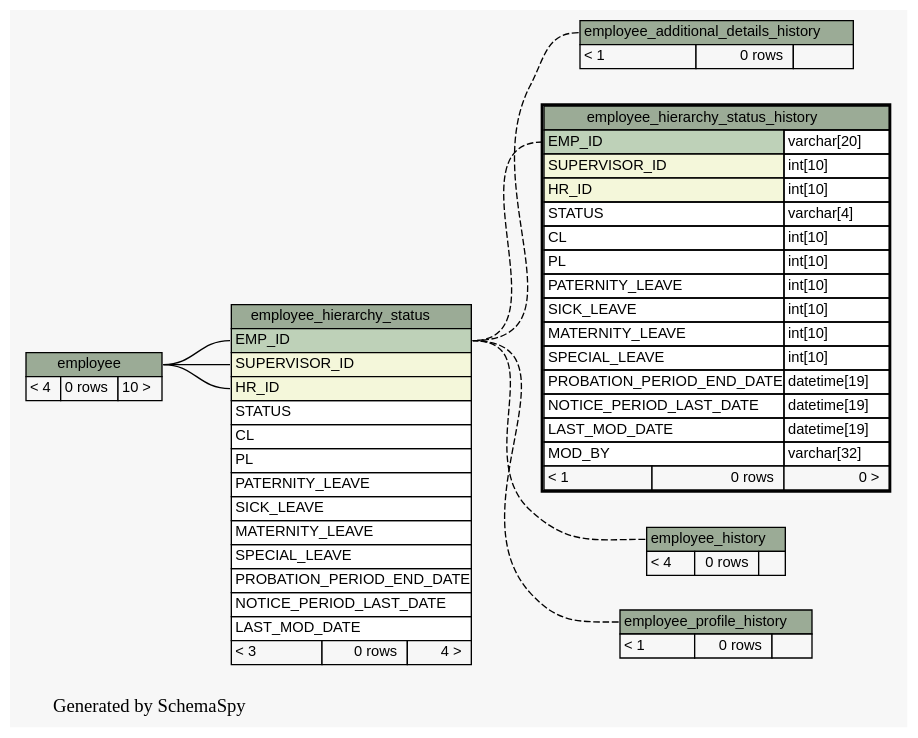
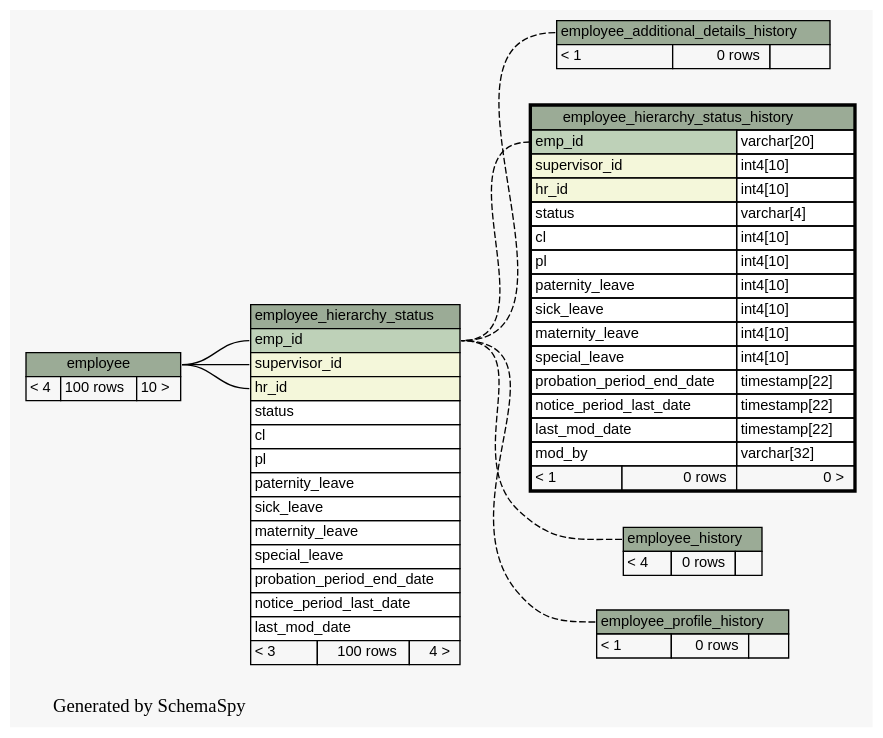
Before and after one commit to engineerscraft/hrms: the diagram in docs/database/schemaspy/graphs/employee_hierarchy_status_history.implied2degrees.dot, drawn with Graphviz. The commit also changed 214 other files, not shown here.

```diff
--- a/docs/database/schemaspy/graphs/employee_hierarchy_status_history.implied2degrees.dot
+++ b/docs/database/schemaspy/graphs/employee_hierarchy_status_history.implied2degrees.dot
@@ -1,105 +1,105 @@
 // dot 2.38.0 on Windows 7 6.1
 digraph "impliedTwoDegreesRelationshipsGraph" {
   graph [
     rankdir="RL"
     bgcolor="#f7f7f7"
     label="\nGenerated by SchemaSpy"
     labeljust="l"
   ];
   node [
     fontname="Helvetica"
     fontsize="11"
     shape="plaintext"
   ];
   edge [
     arrowsize="0.8"
   ];
-  "employee_additional_details_history":"employee_additional_details_history.heading":w -> "employee_hierarchy_status":"EMP_ID":e [arrowtail=tee arrowhead=none style=dashed];
-  "employee_hierarchy_status":"EMP_ID":w -> "employee":"employee.heading":e [arrowtail=tee arrowhead=none];
-  "employee_hierarchy_status":"HR_ID":w -> "employee":"employee.heading":e [arrowtail=crowodot arrowhead=none];
-  "employee_hierarchy_status":"SUPERVISOR_ID":w -> "employee":"employee.heading":e [arrowtail=crowodot arrowhead=none];
-  "employee_hierarchy_status_history":"EMP_ID":w -> "employee_hierarchy_status":"EMP_ID":e [arrowtail=tee arrowhead=none style=dashed];
-  "employee_history":"employee_history.heading":w -> "employee_hierarchy_status":"EMP_ID":e [arrowtail=tee arrowhead=none style=dashed];
-  "employee_profile_history":"employee_profile_history.heading":w -> "employee_hierarchy_status":"EMP_ID":e [arrowtail=crowodot arrowhead=none style=dashed];
+  "employee_additional_details_history":"employee_additional_details_history.heading":w -> "employee_hierarchy_status":"emp_id":e [arrowtail=tee arrowhead=none style=dashed];
+  "employee_hierarchy_status":"emp_id":w -> "employee":"employee.heading":e [arrowtail=tee arrowhead=none];
+  "employee_hierarchy_status":"hr_id":w -> "employee":"employee.heading":e [arrowtail=crowodot arrowhead=none];
+  "employee_hierarchy_status":"supervisor_id":w -> "employee":"employee.heading":e [arrowtail=crowodot arrowhead=none];
+  "employee_hierarchy_status_history":"emp_id":w -> "employee_hierarchy_status":"emp_id":e [arrowtail=tee arrowhead=none style=dashed];
+  "employee_history":"employee_history.heading":w -> "employee_hierarchy_status":"emp_id":e [arrowtail=tee arrowhead=none style=dashed];
+  "employee_profile_history":"employee_profile_history.heading":w -> "employee_hierarchy_status":"emp_id":e [arrowtail=crowodot arrowhead=none style=dashed];
   "employee" [
     label=<
     <TABLE BORDER="0" CELLBORDER="1" CELLSPACING="0" BGCOLOR="#ffffff">
       <TR><TD PORT="employee.heading" COLSPAN="3" BGCOLOR="#9bab96" ALIGN="CENTER">employee</TD></TR>
-      <TR><TD ALIGN="LEFT" BGCOLOR="#f7f7f7">&lt; 4</TD><TD ALIGN="RIGHT" BGCOLOR="#f7f7f7">0 rows</TD><TD ALIGN="RIGHT" BGCOLOR="#f7f7f7">10 &gt;</TD></TR>
+      <TR><TD ALIGN="LEFT" BGCOLOR="#f7f7f7">&lt; 4</TD><TD ALIGN="RIGHT" BGCOLOR="#f7f7f7">100 rows</TD><TD ALIGN="RIGHT" BGCOLOR="#f7f7f7">10 &gt;</TD></TR>
     </TABLE>>
     URL="employee.html#graph"
     tooltip="employee"
   ];
   "employee_additional_details_history" [
     label=<
     <TABLE BORDER="0" CELLBORDER="1" CELLSPACING="0" BGCOLOR="#ffffff">
       <TR><TD PORT="employee_additional_details_history.heading" COLSPAN="3" BGCOLOR="#9bab96" ALIGN="CENTER">employee_additional_details_history</TD></TR>
       <TR><TD ALIGN="LEFT" BGCOLOR="#f7f7f7">&lt; 1</TD><TD ALIGN="RIGHT" BGCOLOR="#f7f7f7">0 rows</TD><TD ALIGN="RIGHT" BGCOLOR="#f7f7f7">  </TD></TR>
     </TABLE>>
     URL="employee_additional_details_history.html#graph"
     tooltip="employee_additional_details_history"
   ];
   "employee_hierarchy_status" [
     label=<
     <TABLE BORDER="0" CELLBORDER="1" CELLSPACING="0" BGCOLOR="#ffffff">
       <TR><TD PORT="employee_hierarchy_status.heading" COLSPAN="3" BGCOLOR="#9bab96" ALIGN="CENTER">employee_hierarchy_status</TD></TR>
-      <TR><TD PORT="EMP_ID" COLSPAN="3" BGCOLOR="#bed1b8" ALIGN="LEFT">EMP_ID</TD></TR>
-      <TR><TD PORT="SUPERVISOR_ID" COLSPAN="3" BGCOLOR="#f4f7da" ALIGN="LEFT">SUPERVISOR_ID</TD></TR>
-      <TR><TD PORT="HR_ID" COLSPAN="3" BGCOLOR="#f4f7da" ALIGN="LEFT">HR_ID</TD></TR>
-      <TR><TD PORT="STATUS" COLSPAN="3" ALIGN="LEFT">STATUS</TD></TR>
-      <TR><TD PORT="CL" COLSPAN="3" ALIGN="LEFT">CL</TD></TR>
-      <TR><TD PORT="PL" COLSPAN="3" ALIGN="LEFT">PL</TD></TR>
-      <TR><TD PORT="PATERNITY_LEAVE" COLSPAN="3" ALIGN="LEFT">PATERNITY_LEAVE</TD></TR>
-      <TR><TD PORT="SICK_LEAVE" COLSPAN="3" ALIGN="LEFT">SICK_LEAVE</TD></TR>
-      <TR><TD PORT="MATERNITY_LEAVE" COLSPAN="3" ALIGN="LEFT">MATERNITY_LEAVE</TD></TR>
-      <TR><TD PORT="SPECIAL_LEAVE" COLSPAN="3" ALIGN="LEFT">SPECIAL_LEAVE</TD></TR>
-      <TR><TD PORT="PROBATION_PERIOD_END_DATE" COLSPAN="3" ALIGN="LEFT">PROBATION_PERIOD_END_DATE</TD></TR>
-      <TR><TD PORT="NOTICE_PERIOD_LAST_DATE" COLSPAN="3" ALIGN="LEFT">NOTICE_PERIOD_LAST_DATE</TD></TR>
-      <TR><TD PORT="LAST_MOD_DATE" COLSPAN="3" ALIGN="LEFT">LAST_MOD_DATE</TD></TR>
-      <TR><TD ALIGN="LEFT" BGCOLOR="#f7f7f7">&lt; 3</TD><TD ALIGN="RIGHT" BGCOLOR="#f7f7f7">0 rows</TD><TD ALIGN="RIGHT" BGCOLOR="#f7f7f7">4 &gt;</TD></TR>
+      <TR><TD PORT="emp_id" COLSPAN="3" BGCOLOR="#bed1b8" ALIGN="LEFT">emp_id</TD></TR>
+      <TR><TD PORT="supervisor_id" COLSPAN="3" BGCOLOR="#f4f7da" ALIGN="LEFT">supervisor_id</TD></TR>
+      <TR><TD PORT="hr_id" COLSPAN="3" BGCOLOR="#f4f7da" ALIGN="LEFT">hr_id</TD></TR>
+      <TR><TD PORT="status" COLSPAN="3" ALIGN="LEFT">status</TD></TR>
+      <TR><TD PORT="cl" COLSPAN="3" ALIGN="LEFT">cl</TD></TR>
+      <TR><TD PORT="pl" COLSPAN="3" ALIGN="LEFT">pl</TD></TR>
+      <TR><TD PORT="paternity_leave" COLSPAN="3" ALIGN="LEFT">paternity_leave</TD></TR>
+      <TR><TD PORT="sick_leave" COLSPAN="3" ALIGN="LEFT">sick_leave</TD></TR>
+      <TR><TD PORT="maternity_leave" COLSPAN="3" ALIGN="LEFT">maternity_leave</TD></TR>
+      <TR><TD PORT="special_leave" COLSPAN="3" ALIGN="LEFT">special_leave</TD></TR>
+      <TR><TD PORT="probation_period_end_date" COLSPAN="3" ALIGN="LEFT">probation_period_end_date</TD></TR>
+      <TR><TD PORT="notice_period_last_date" COLSPAN="3" ALIGN="LEFT">notice_period_last_date</TD></TR>
+      <TR><TD PORT="last_mod_date" COLSPAN="3" ALIGN="LEFT">last_mod_date</TD></TR>
+      <TR><TD ALIGN="LEFT" BGCOLOR="#f7f7f7">&lt; 3</TD><TD ALIGN="RIGHT" BGCOLOR="#f7f7f7">100 rows</TD><TD ALIGN="RIGHT" BGCOLOR="#f7f7f7">4 &gt;</TD></TR>
     </TABLE>>
     URL="employee_hierarchy_status.html#graph"
     tooltip="employee_hierarchy_status"
   ];
   "employee_hierarchy_status_history" [
     label=<
     <TABLE BORDER="2" CELLBORDER="1" CELLSPACING="0" BGCOLOR="#ffffff">
       <TR><TD PORT="employee_hierarchy_status_history.heading" COLSPAN="3" BGCOLOR="#9bab96" ALIGN="CENTER">employee_hierarchy_status_history</TD></TR>
-      <TR><TD PORT="EMP_ID" COLSPAN="2" BGCOLOR="#bed1b8" ALIGN="LEFT">EMP_ID</TD><TD PORT="EMP_ID.type" ALIGN="LEFT">varchar[20]</TD></TR>
-      <TR><TD PORT="SUPERVISOR_ID" COLSPAN="2" BGCOLOR="#f4f7da" ALIGN="LEFT">SUPERVISOR_ID</TD><TD PORT="SUPERVISOR_ID.type" ALIGN="LEFT">int[10]</TD></TR>
-      <TR><TD PORT="HR_ID" COLSPAN="2" BGCOLOR="#f4f7da" ALIGN="LEFT">HR_ID</TD><TD PORT="HR_ID.type" ALIGN="LEFT">int[10]</TD></TR>
-      <TR><TD PORT="STATUS" COLSPAN="2" ALIGN="LEFT">STATUS</TD><TD PORT="STATUS.type" ALIGN="LEFT">varchar[4]</TD></TR>
-      <TR><TD PORT="CL" COLSPAN="2" ALIGN="LEFT">CL</TD><TD PORT="CL.type" ALIGN="LEFT">int[10]</TD></TR>
-      <TR><TD PORT="PL" COLSPAN="2" ALIGN="LEFT">PL</TD><TD PORT="PL.type" ALIGN="LEFT">int[10]</TD></TR>
-      <TR><TD PORT="PATERNITY_LEAVE" COLSPAN="2" ALIGN="LEFT">PATERNITY_LEAVE</TD><TD PORT="PATERNITY_LEAVE.type" ALIGN="LEFT">int[10]</TD></TR>
-      <TR><TD PORT="SICK_LEAVE" COLSPAN="2" ALIGN="LEFT">SICK_LEAVE</TD><TD PORT="SICK_LEAVE.type" ALIGN="LEFT">int[10]</TD></TR>
-      <TR><TD PORT="MATERNITY_LEAVE" COLSPAN="2" ALIGN="LEFT">MATERNITY_LEAVE</TD><TD PORT="MATERNITY_LEAVE.type" ALIGN="LEFT">int[10]</TD></TR>
-      <TR><TD PORT="SPECIAL_LEAVE" COLSPAN="2" ALIGN="LEFT">SPECIAL_LEAVE</TD><TD PORT="SPECIAL_LEAVE.type" ALIGN="LEFT">int[10]</TD></TR>
-      <TR><TD PORT="PROBATION_PERIOD_END_DATE" COLSPAN="2" ALIGN="LEFT">PROBATION_PERIOD_END_DATE</TD><TD PORT="PROBATION_PERIOD_END_DATE.type" ALIGN="LEFT">datetime[19]</TD></TR>
-      <TR><TD PORT="NOTICE_PERIOD_LAST_DATE" COLSPAN="2" ALIGN="LEFT">NOTICE_PERIOD_LAST_DATE</TD><TD PORT="NOTICE_PERIOD_LAST_DATE.type" ALIGN="LEFT">datetime[19]</TD></TR>
-      <TR><TD PORT="LAST_MOD_DATE" COLSPAN="2" ALIGN="LEFT">LAST_MOD_DATE</TD><TD PORT="LAST_MOD_DATE.type" ALIGN="LEFT">datetime[19]</TD></TR>
-      <TR><TD PORT="MOD_BY" COLSPAN="2" ALIGN="LEFT">MOD_BY</TD><TD PORT="MOD_BY.type" ALIGN="LEFT">varchar[32]</TD></TR>
+      <TR><TD PORT="emp_id" COLSPAN="2" BGCOLOR="#bed1b8" ALIGN="LEFT">emp_id</TD><TD PORT="emp_id.type" ALIGN="LEFT">varchar[20]</TD></TR>
+      <TR><TD PORT="supervisor_id" COLSPAN="2" BGCOLOR="#f4f7da" ALIGN="LEFT">supervisor_id</TD><TD PORT="supervisor_id.type" ALIGN="LEFT">int4[10]</TD></TR>
+      <TR><TD PORT="hr_id" COLSPAN="2" BGCOLOR="#f4f7da" ALIGN="LEFT">hr_id</TD><TD PORT="hr_id.type" ALIGN="LEFT">int4[10]</TD></TR>
+      <TR><TD PORT="status" COLSPAN="2" ALIGN="LEFT">status</TD><TD PORT="status.type" ALIGN="LEFT">varchar[4]</TD></TR>
+      <TR><TD PORT="cl" COLSPAN="2" ALIGN="LEFT">cl</TD><TD PORT="cl.type" ALIGN="LEFT">int4[10]</TD></TR>
+      <TR><TD PORT="pl" COLSPAN="2" ALIGN="LEFT">pl</TD><TD PORT="pl.type" ALIGN="LEFT">int4[10]</TD></TR>
+      <TR><TD PORT="paternity_leave" COLSPAN="2" ALIGN="LEFT">paternity_leave</TD><TD PORT="paternity_leave.type" ALIGN="LEFT">int4[10]</TD></TR>
+      <TR><TD PORT="sick_leave" COLSPAN="2" ALIGN="LEFT">sick_leave</TD><TD PORT="sick_leave.type" ALIGN="LEFT">int4[10]</TD></TR>
+      <TR><TD PORT="maternity_leave" COLSPAN="2" ALIGN="LEFT">maternity_leave</TD><TD PORT="maternity_leave.type" ALIGN="LEFT">int4[10]</TD></TR>
+      <TR><TD PORT="special_leave" COLSPAN="2" ALIGN="LEFT">special_leave</TD><TD PORT="special_leave.type" ALIGN="LEFT">int4[10]</TD></TR>
+      <TR><TD PORT="probation_period_end_date" COLSPAN="2" ALIGN="LEFT">probation_period_end_date</TD><TD PORT="probation_period_end_date.type" ALIGN="LEFT">timestamp[22]</TD></TR>
+      <TR><TD PORT="notice_period_last_date" COLSPAN="2" ALIGN="LEFT">notice_period_last_date</TD><TD PORT="notice_period_last_date.type" ALIGN="LEFT">timestamp[22]</TD></TR>
+      <TR><TD PORT="last_mod_date" COLSPAN="2" ALIGN="LEFT">last_mod_date</TD><TD PORT="last_mod_date.type" ALIGN="LEFT">timestamp[22]</TD></TR>
+      <TR><TD PORT="mod_by" COLSPAN="2" ALIGN="LEFT">mod_by</TD><TD PORT="mod_by.type" ALIGN="LEFT">varchar[32]</TD></TR>
       <TR><TD ALIGN="LEFT" BGCOLOR="#f7f7f7">&lt; 1</TD><TD ALIGN="RIGHT" BGCOLOR="#f7f7f7">0 rows</TD><TD ALIGN="RIGHT" BGCOLOR="#f7f7f7">0 &gt;</TD></TR>
     </TABLE>>
     URL="employee_hierarchy_status_history.html#"
     tooltip="employee_hierarchy_status_history"
   ];
   "employee_history" [
     label=<
     <TABLE BORDER="0" CELLBORDER="1" CELLSPACING="0" BGCOLOR="#ffffff">
       <TR><TD PORT="employee_history.heading" COLSPAN="3" BGCOLOR="#9bab96" ALIGN="CENTER">employee_history</TD></TR>
       <TR><TD ALIGN="LEFT" BGCOLOR="#f7f7f7">&lt; 4</TD><TD ALIGN="RIGHT" BGCOLOR="#f7f7f7">0 rows</TD><TD ALIGN="RIGHT" BGCOLOR="#f7f7f7">  </TD></TR>
     </TABLE>>
     URL="employee_history.html#graph"
     tooltip="employee_history"
   ];
   "employee_profile_history" [
     label=<
     <TABLE BORDER="0" CELLBORDER="1" CELLSPACING="0" BGCOLOR="#ffffff">
       <TR><TD PORT="employee_profile_history.heading" COLSPAN="3" BGCOLOR="#9bab96" ALIGN="CENTER">employee_profile_history</TD></TR>
       <TR><TD ALIGN="LEFT" BGCOLOR="#f7f7f7">&lt; 1</TD><TD ALIGN="RIGHT" BGCOLOR="#f7f7f7">0 rows</TD><TD ALIGN="RIGHT" BGCOLOR="#f7f7f7">  </TD></TR>
     </TABLE>>
     URL="employee_profile_history.html#graph"
     tooltip="employee_profile_history"
   ];
 }
```
